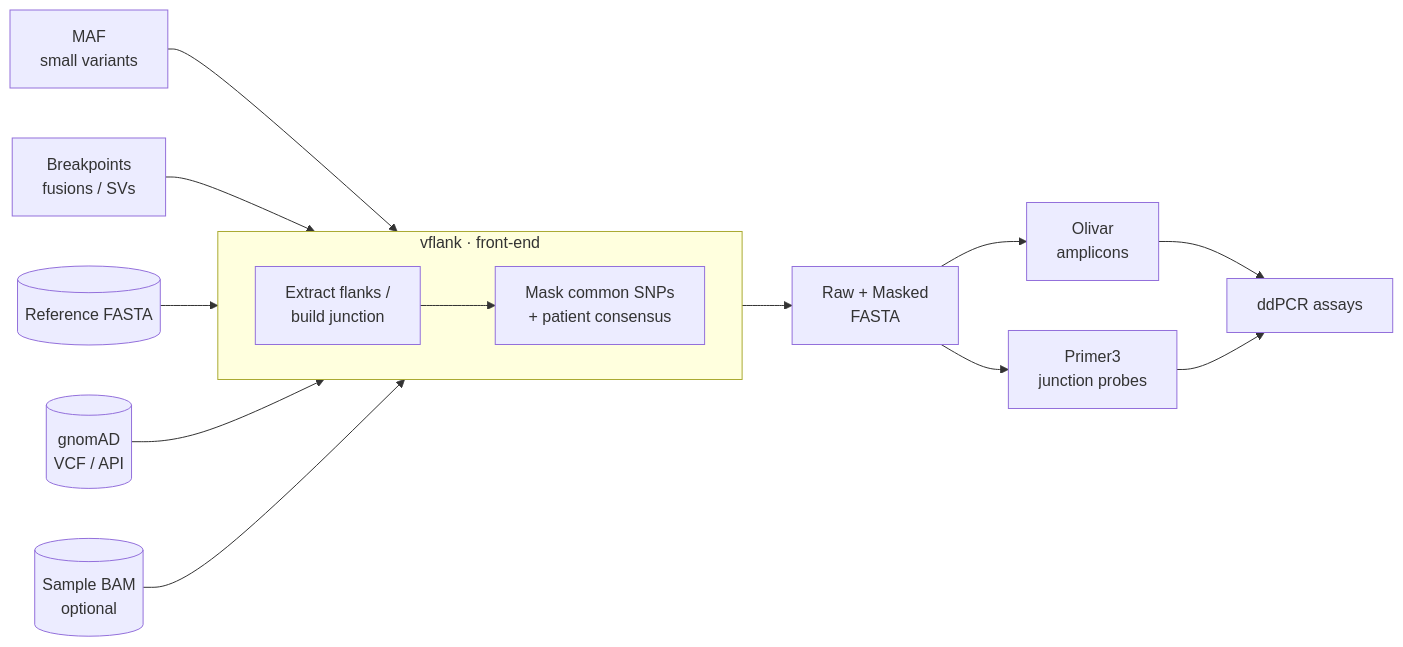
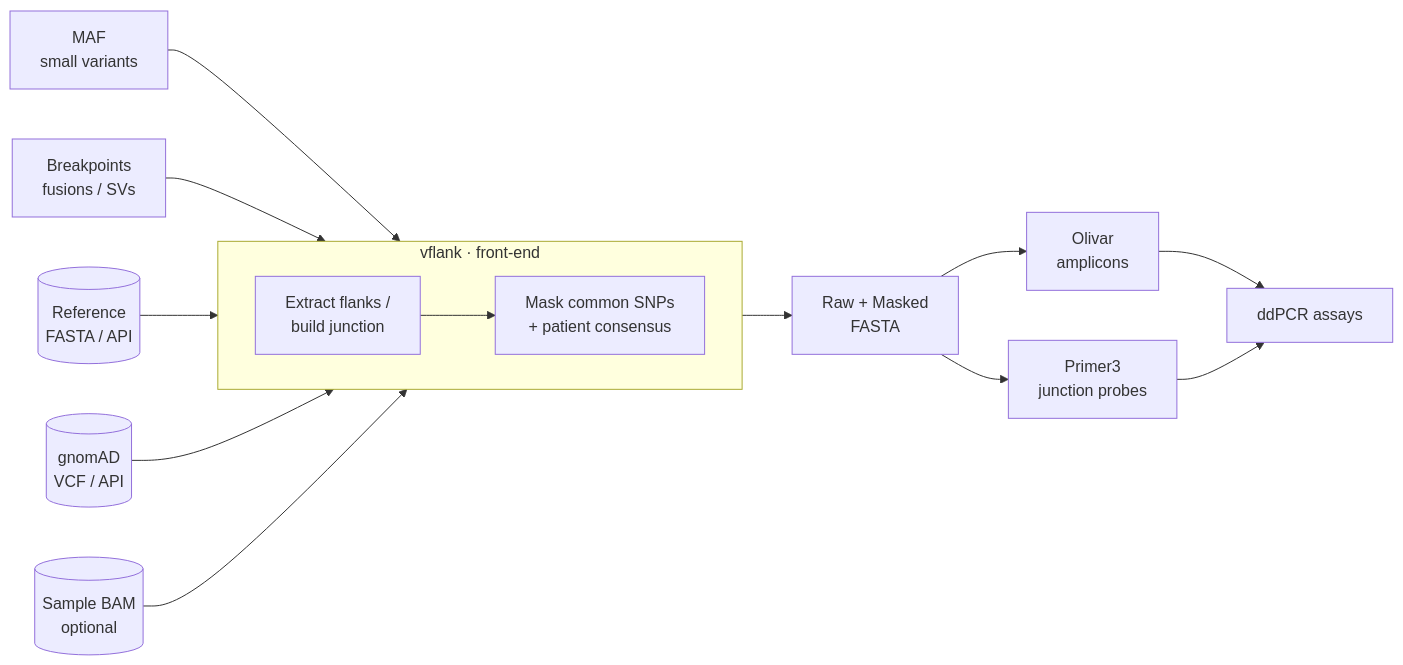
The diagram in docs/index.md (rhshah/vFlank), drawn with Mermaid before and after one commit. The commit also changed other lines of this file and 7 other files, not shown here.

First line of the commit message:
docs: document --ref-source api across user-facing docs

````diff
--- a/docs/index.md
+++ b/docs/index.md
@@ -20,15 +20,15 @@
 ```mermaid
 flowchart LR
     MAF["MAF<br/>small variants"] --> FL
     BP["Breakpoints<br/>fusions / SVs"] --> FL
-    REF[("Reference FASTA")] --> FL
+    REF[("Reference<br/>FASTA / API")] --> FL
     POP[("gnomAD<br/>VCF / API")] --> MK
     BAM[("Sample BAM<br/>optional")] --> MK
     subgraph vflank["vflank · front-end"]
         direction LR
         FL["Extract flanks /<br/>build junction"] --> MK["Mask common SNPs<br/>+ patient consensus"]
     end
     MK --> OUT["Raw + Masked<br/>FASTA"]
     OUT --> OL["Olivar<br/>amplicons"] --> DD["ddPCR assays"]
     OUT --> P3["Primer3<br/>junction probes"] --> DD
 ```
````
